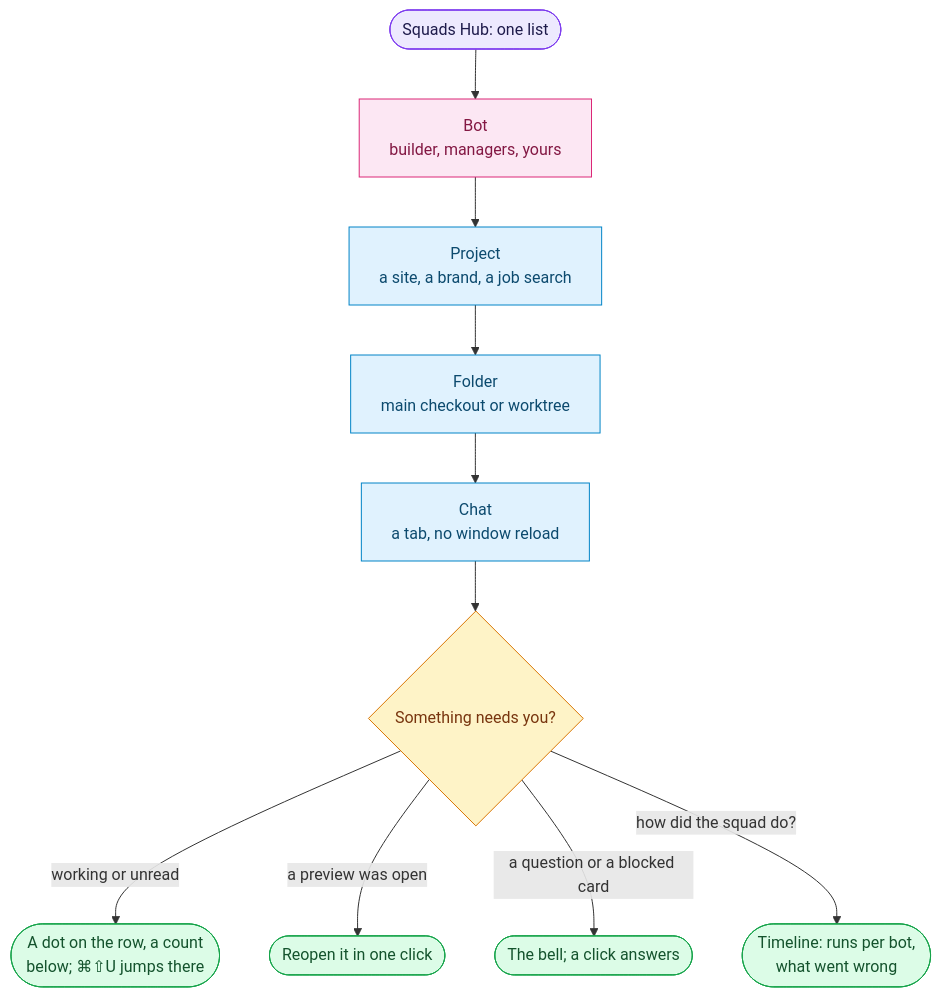
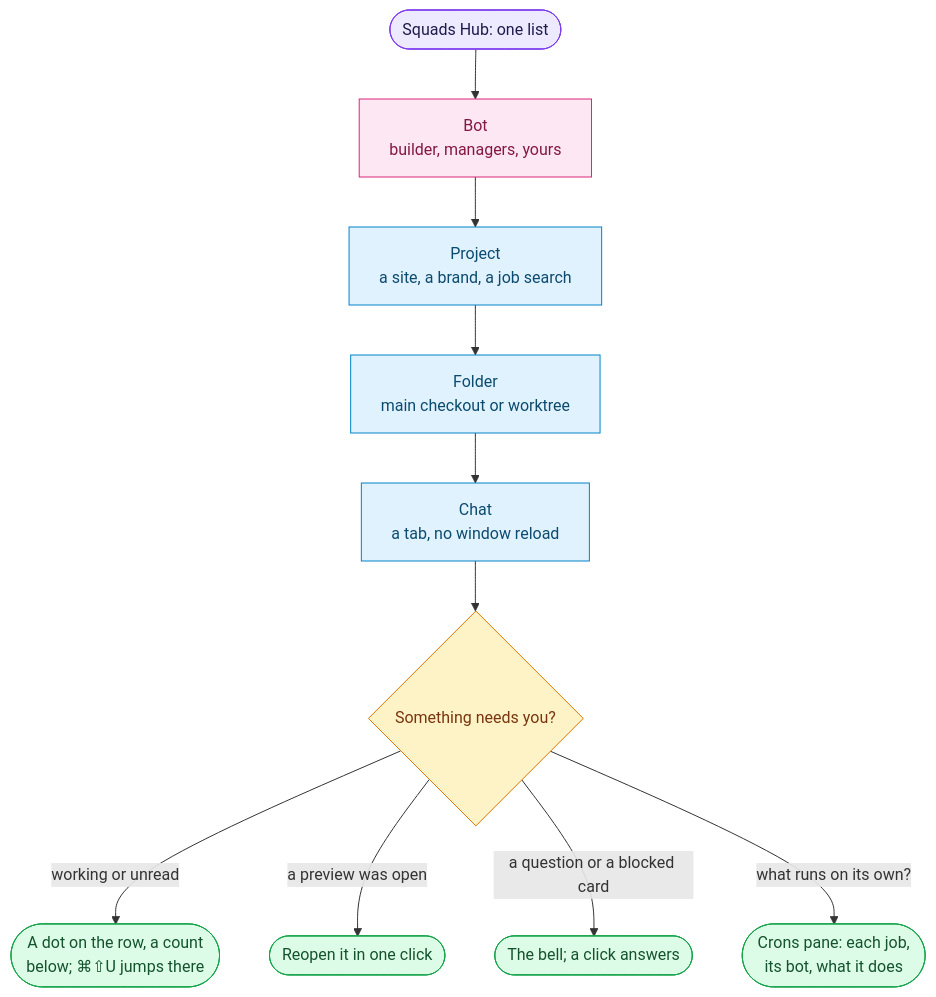
One commit to PuntoyComaTech/hermes-agent-squads changed the third of 3 diagrams in README.md. Above: the diagram before and after it, drawn with Mermaid. The commit also changed other lines of this file and 14 other files, not shown here.

First line of the commit message:
feat: 2.33.0 squad-hub 2.0: Kanban board links, squad crons pane, no timeline; advanced-delegation routes on managers; update names a too-old Hermes

````diff
--- a/README.md
+++ b/README.md
@@ -115,19 +115,19 @@
 ```mermaid
 flowchart TD
     H(["Squads Hub: one list"]):::you
     H --> B["Bot<br/>builder, managers, yours"]:::lead
     B --> P["Project<br/>a site, a brand, a job search"]:::bot
     P --> F["Folder<br/>main checkout or worktree"]:::bot
     F --> C["Chat<br/>a tab, no window reload"]:::bot
     C --> N{"Something needs you?"}:::ask
     N -->|"working or unread"| S(["A dot on the row, a count<br/>below; ⌘⇧U jumps there"]):::done
     N -->|"a preview was open"| V(["Reopen it in one click"]):::done
     N -->|"a question or a blocked card"| Q(["The bell; a click answers"]):::done
-    N -->|"how did the squad do?"| T(["Timeline: runs per bot,<br/>what went wrong"]):::done
+    N -->|"what runs on its own?"| T(["Crons pane: each job,<br/>its bot, what it does"]):::done
 
     classDef you fill:#ede9fe,stroke:#7c3aed,color:#1e1b4b
     classDef lead fill:#fce7f3,stroke:#db2777,color:#831843
     classDef bot fill:#e0f2fe,stroke:#0284c7,color:#0c4a6e
     classDef ask fill:#fef3c7,stroke:#d97706,color:#78350f
     classDef done fill:#dcfce7,stroke:#16a34a,color:#14532d
 ```
````
